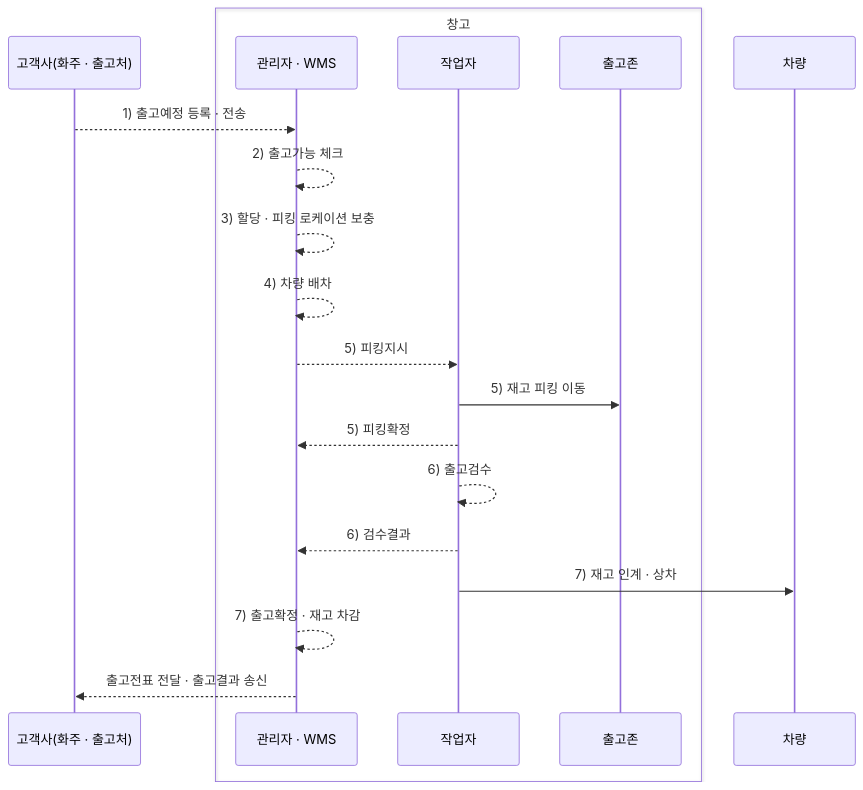
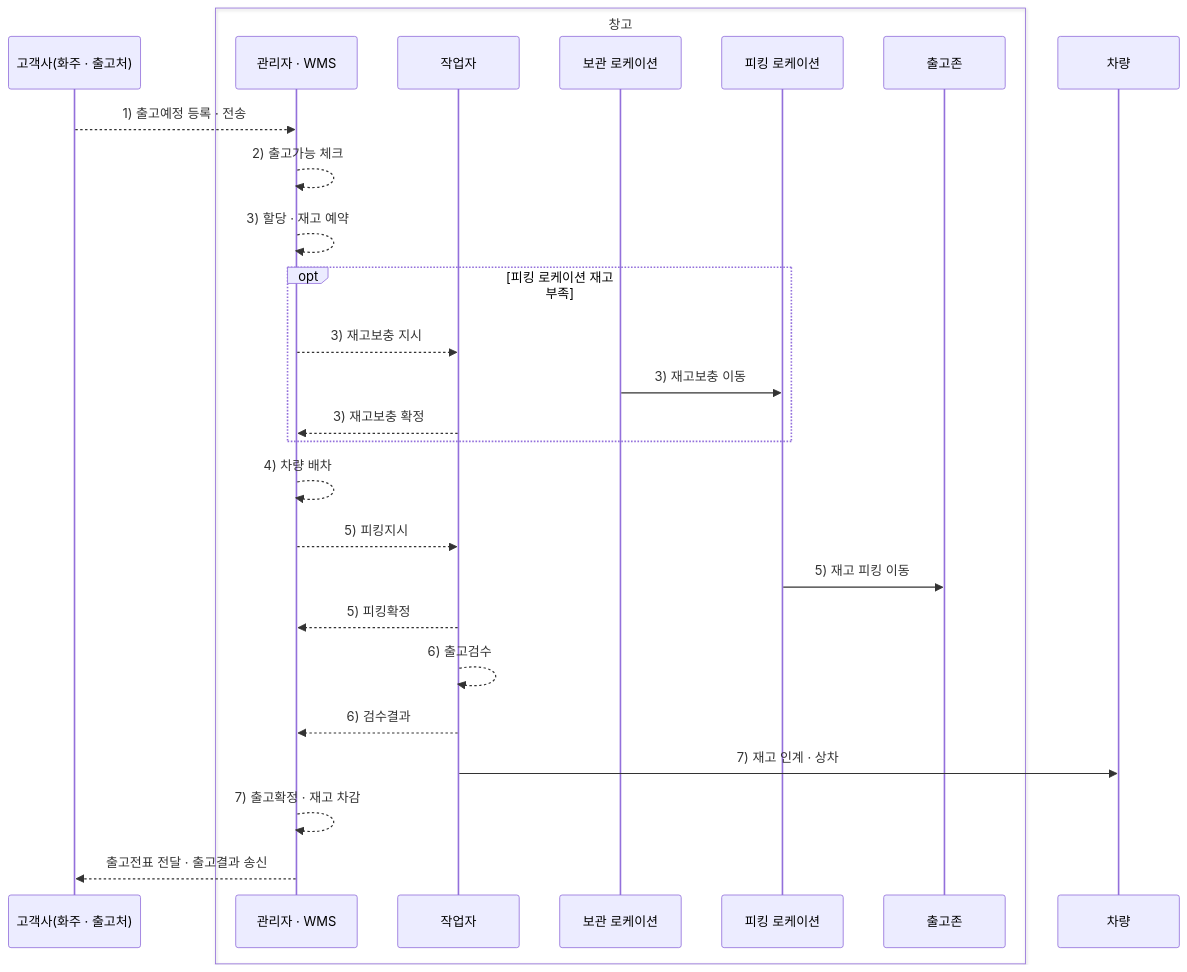
The first of 2 diagrams in books/wms-원리와-이해/5-출고-프로세스/README.md (devholic22/logistics-backend-study), drawn with Mermaid before and after one commit.

Commit message:
docs: separate allocation and replenishment flows

````diff
--- a/books/wms-원리와-이해/5-출고-프로세스/README.md
+++ b/books/wms-원리와-이해/5-출고-프로세스/README.md
@@ -19,23 +19,30 @@
 ```mermaid
 sequenceDiagram
     participant C as 고객사(화주 · 출고처)
     box 창고
         participant W as 관리자 · WMS
         participant O as 작업자
+        participant S as 보관 로케이션
+        participant P as 피킹 로케이션
         participant D as 출고존
     end
     participant V as 차량
 
     C-->>W: 1) 출고예정 등록 · 전송
     W-->>W: 2) 출고가능 체크
-    W-->>W: 3) 할당 · 피킹 로케이션 보충
+    W-->>W: 3) 할당 · 재고 예약
+    opt 피킹 로케이션 재고 부족
+        W-->>O: 3) 재고보충 지시
+        S->>P: 3) 재고보충 이동
+        O-->>W: 3) 재고보충 확정
+    end
     W-->>W: 4) 차량 배차
     W-->>O: 5) 피킹지시
-    O->>D: 5) 재고 피킹 이동
+    P->>D: 5) 재고 피킹 이동
     O-->>W: 5) 피킹확정
     O-->>O: 6) 출고검수
     O-->>W: 6) 검수결과
     O->>V: 7) 재고 인계 · 상차
     W-->>W: 7) 출고확정 · 재고 차감
     W-->>C: 출고전표 전달 · 출고결과 송신
 ```
````
